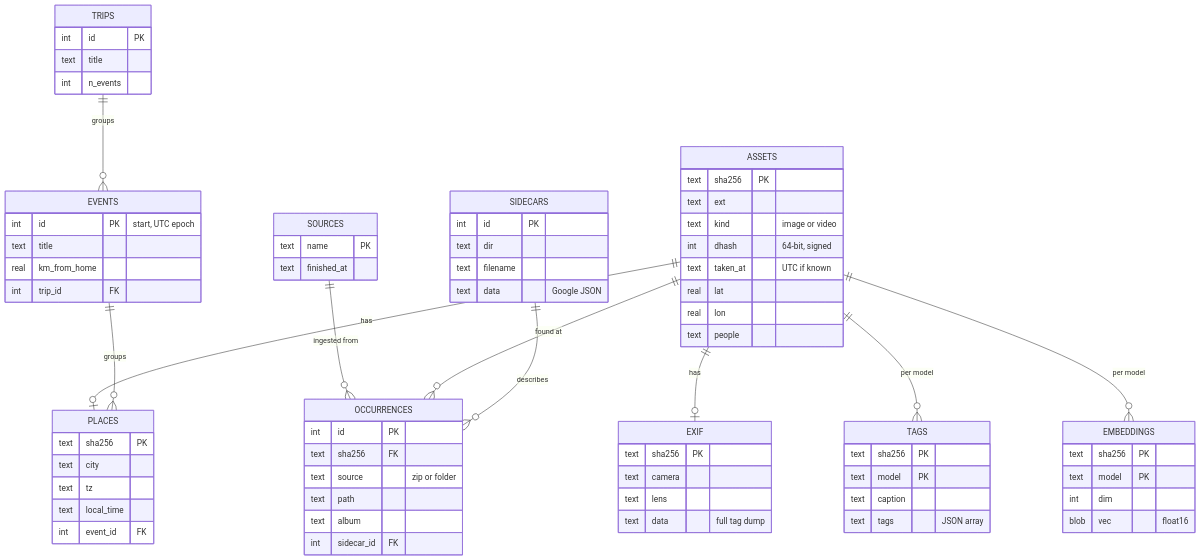
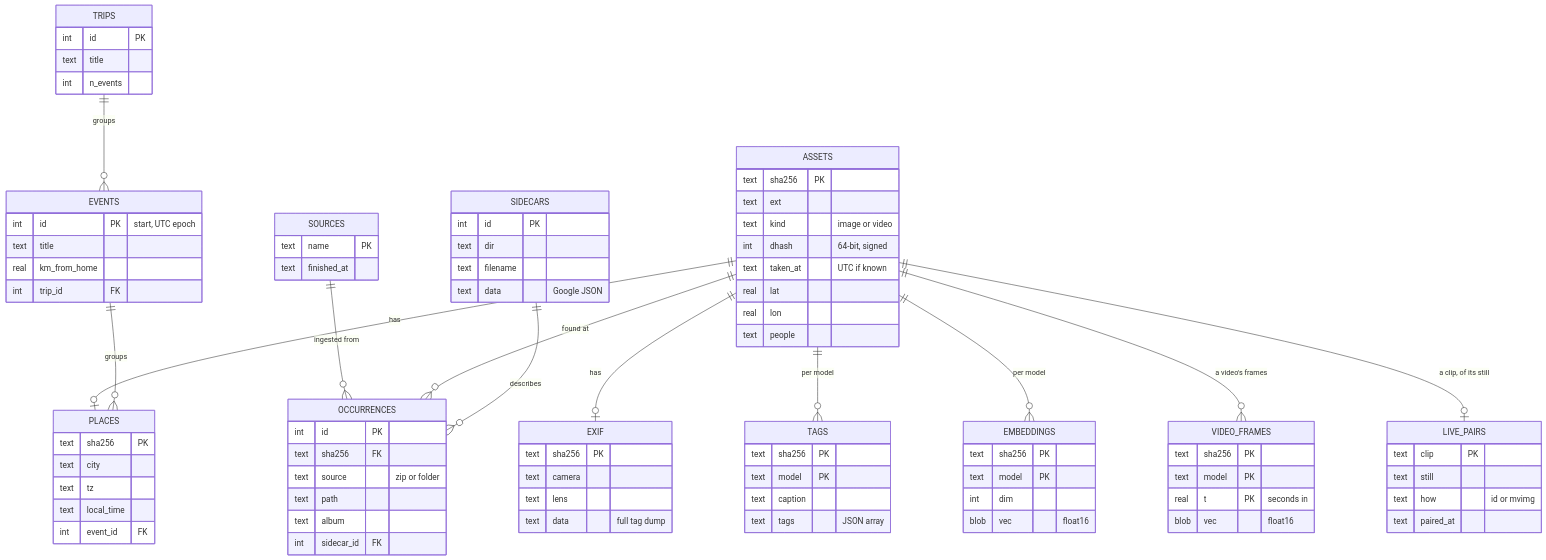
Before and after one commit to jflam/photo-estate: the first of 3 diagrams in docs/book/05-catalog.md, drawn with Mermaid. The commit also changed other lines of this file and 19 other files, not shown here.

````diff
--- a/docs/book/05-catalog.md
+++ b/docs/book/05-catalog.md
@@ -35,6 +35,8 @@
     TRIPS ||--o{ EVENTS : "groups"
     ASSETS ||--o{ TAGS : "per model"
     ASSETS ||--o{ EMBEDDINGS : "per model"
+    ASSETS ||--o{ VIDEO_FRAMES : "a video's frames"
+    ASSETS ||--o| LIVE_PAIRS : "a clip, of its still"
 
     ASSETS {
         text sha256 PK
@@ -100,4 +102,16 @@
         int dim
         blob vec "float16"
     }
+    VIDEO_FRAMES {
+        text sha256 PK
+        text model PK
+        real t PK "seconds in"
+        blob vec "float16"
+    }
+    LIVE_PAIRS {
+        text clip PK
+        text still
+        text how "id or mvimg"
+        text paired_at
+    }
 ```
````
